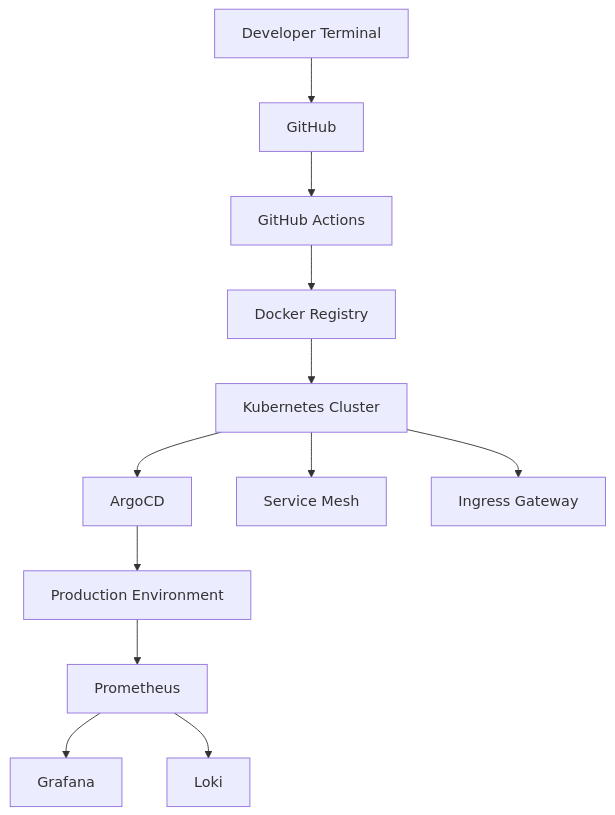
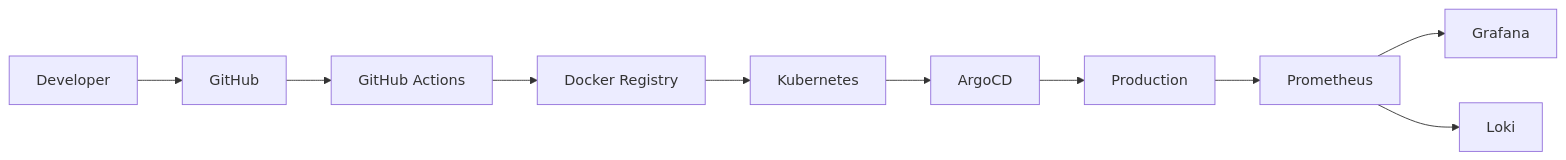
One commit to gryffin-uit-alpha/gryffin-uit-alpha changed the diagram in README.md. Above: the diagram before and after it, drawn with Mermaid. The commit also changed other lines of this file, not shown here.

````diff
--- a/README.md
+++ b/README.md
@@ -78,18 +79,23 @@
 ```mermaid
-flowchart TD
 
-A[Developer Terminal] --> B[GitHub]
-B --> C[GitHub Actions]
-C --> D[Docker Registry]
-D --> E[Kubernetes Cluster]
+flowchart LR
 
-E --> F[ArgoCD]
-F --> G[Production Environment]
+  A[Developer] --> B[GitHub]
 
-G --> H[Prometheus]
-H --> I[Grafana]
-H --> J[Loki]
+  B --> C[GitHub Actions]
 
-E --> K[Service Mesh]
-E --> L[Ingress Gateway]
+  C --> D[Docker Registry]
+
+  D --> E[Kubernetes]
+
+  E --> F[ArgoCD]
+
+  F --> G[Production]
+
+  G --> H[Prometheus]
+
+  H --> I[Grafana]
+
+  H --> J[Loki]
+
 ```
````
